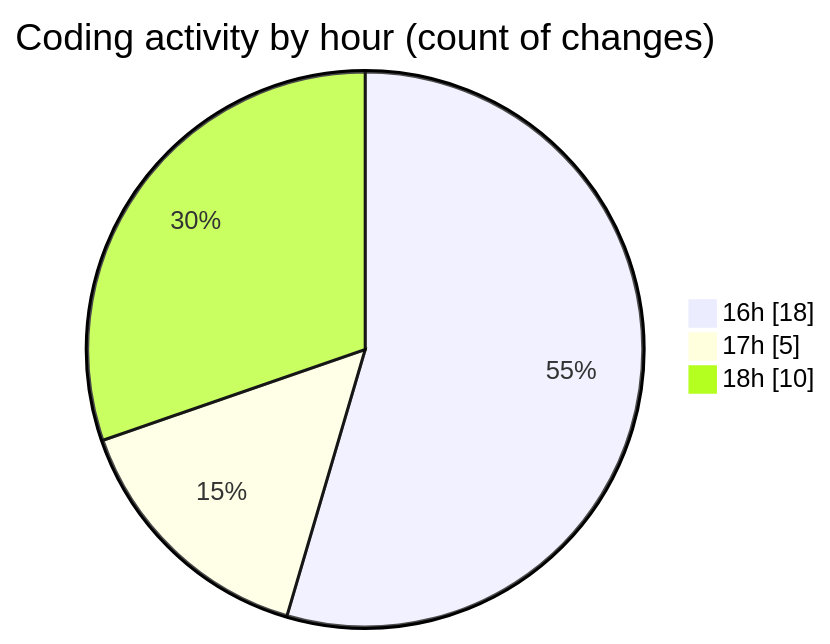
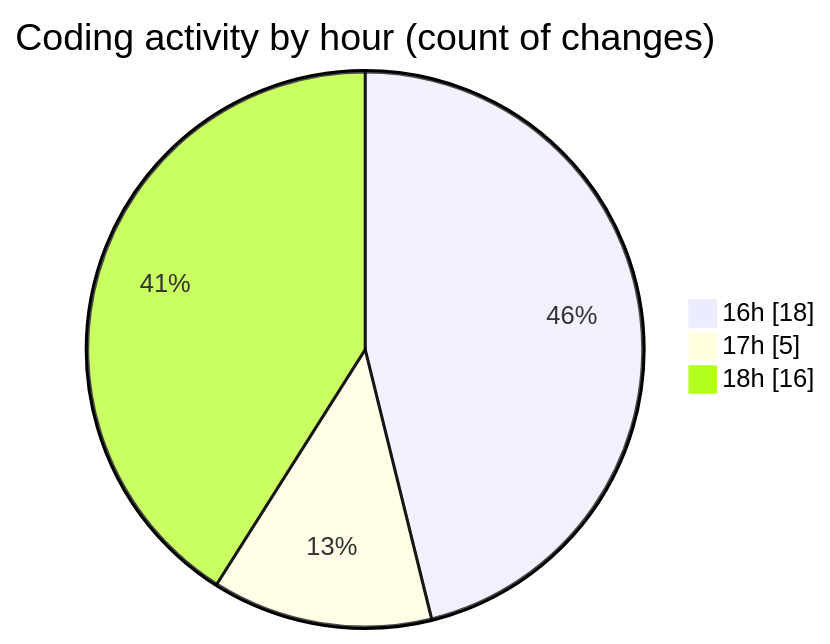
The second of 2 diagrams in 2025-02-27/uber_clone/README.md (donsfak/code-tracking), drawn with Mermaid before and after one commit. The commit also changed other lines of this file and 1 other file, not shown here.

````diff
--- a/2025-02-27/uber_clone/README.md
+++ b/2025-02-27/uber_clone/README.md
@@ -29,7 +29,7 @@
 ```mermaid
 pie showData
 title Coding activity by hour (count of changes)
 "16h" : 18
 "17h" : 5
-"18h" : 10
+"18h" : 16
 ```
````
